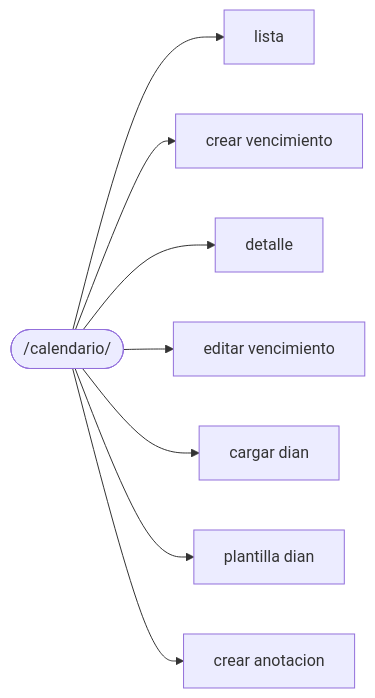
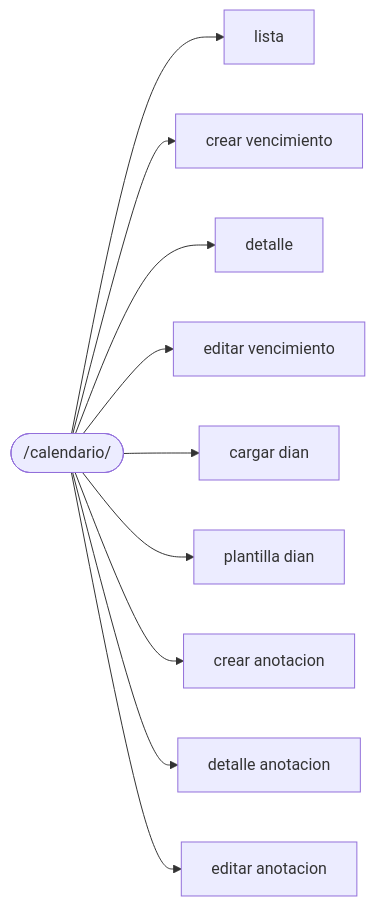
One commit to Fredd0828/Contanika changed the fourth of 12 diagrams in documentacion/MAPA_NAVEGACION.md. Above: the diagram before and after it, drawn with Mermaid. The commit also changed other lines of this file and 2 other files, not shown here.

````diff
--- a/documentacion/MAPA_NAVEGACION.md
+++ b/documentacion/MAPA_NAVEGACION.md
@@ -129,11 +129,13 @@
 ```mermaid
 flowchart LR
     calendario_calendario(["/calendario/"])
     calendario_calendario --> calendario_lista["lista"]
     calendario_calendario --> calendario_crear_vencimiento["crear vencimiento"]
     calendario_calendario --> calendario_detalle["detalle"]
     calendario_calendario --> calendario_editar_vencimiento["editar vencimiento"]
     calendario_calendario --> calendario_cargar_dian["cargar dian"]
     calendario_calendario --> calendario_plantilla_dian["plantilla dian"]
     calendario_calendario --> calendario_crear_anotacion["crear anotacion"]
+    calendario_calendario --> calendario_detalle_anotacion["detalle anotacion"]
+    calendario_calendario --> calendario_editar_anotacion["editar anotacion"]
 ```
````
